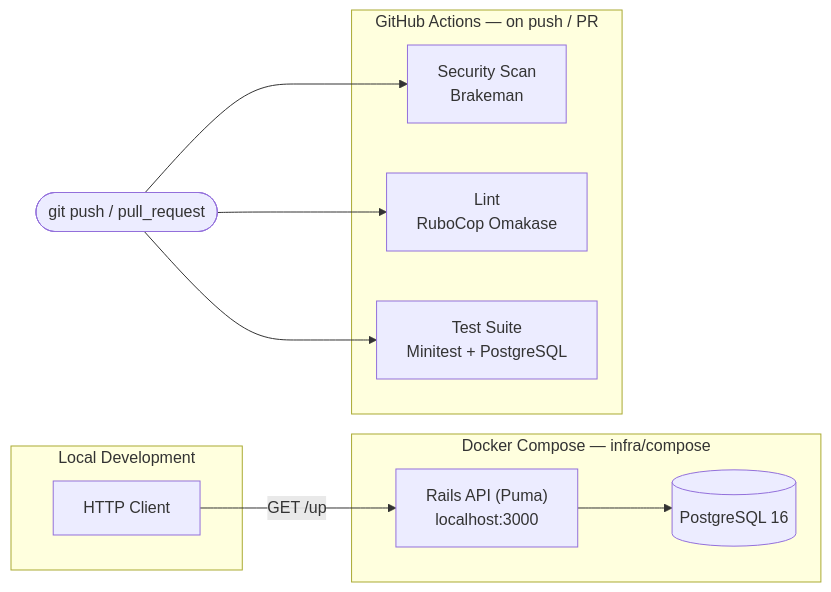
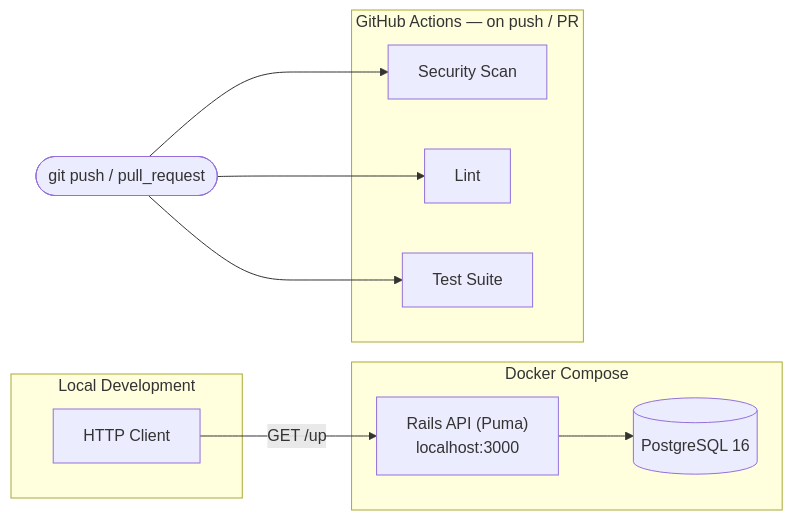
The diagram in README.md (jeanflaragao/betting-platform), drawn with Mermaid before and after one commit. The commit also changed other lines of this file and 7 other files, not shown here.

First line of the commit message:
docs: refactor documentation architecture into audience-specific docs

````diff
--- a/README.md
+++ b/README.md
@@ -414,23 +54,23 @@
 ```mermaid
 flowchart LR
     subgraph Local["Local Development"]
         Client[HTTP Client]
     end
 
-    subgraph Compose["Docker Compose — infra/compose"]
+    subgraph Compose["Docker Compose"]
         API["Rails API (Puma)<br/>localhost:3000"]
         DB[(PostgreSQL 16)]
     end
 
     subgraph GHA["GitHub Actions — on push / PR"]
-        Sec["Security Scan<br/>Brakeman"]
-        Lint["Lint<br/>RuboCop Omakase"]
-        Test["Test Suite<br/>Minitest + PostgreSQL"]
+        Sec["Security Scan"]
+        Lint["Lint"]
+        Test["Test Suite"]
     end
 
     Client -->|GET /up| API
     API --> DB
     Push([git push / pull_request]) --> Sec
     Push --> Lint
     Push --> Test
 ```
````
